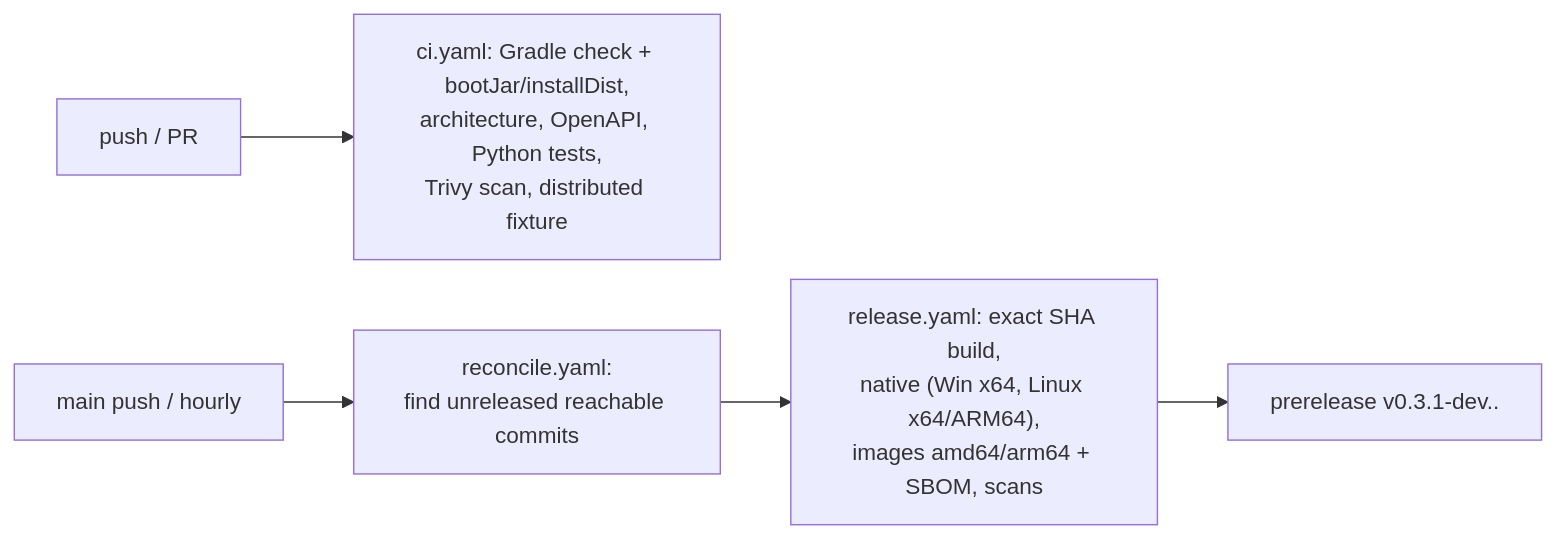
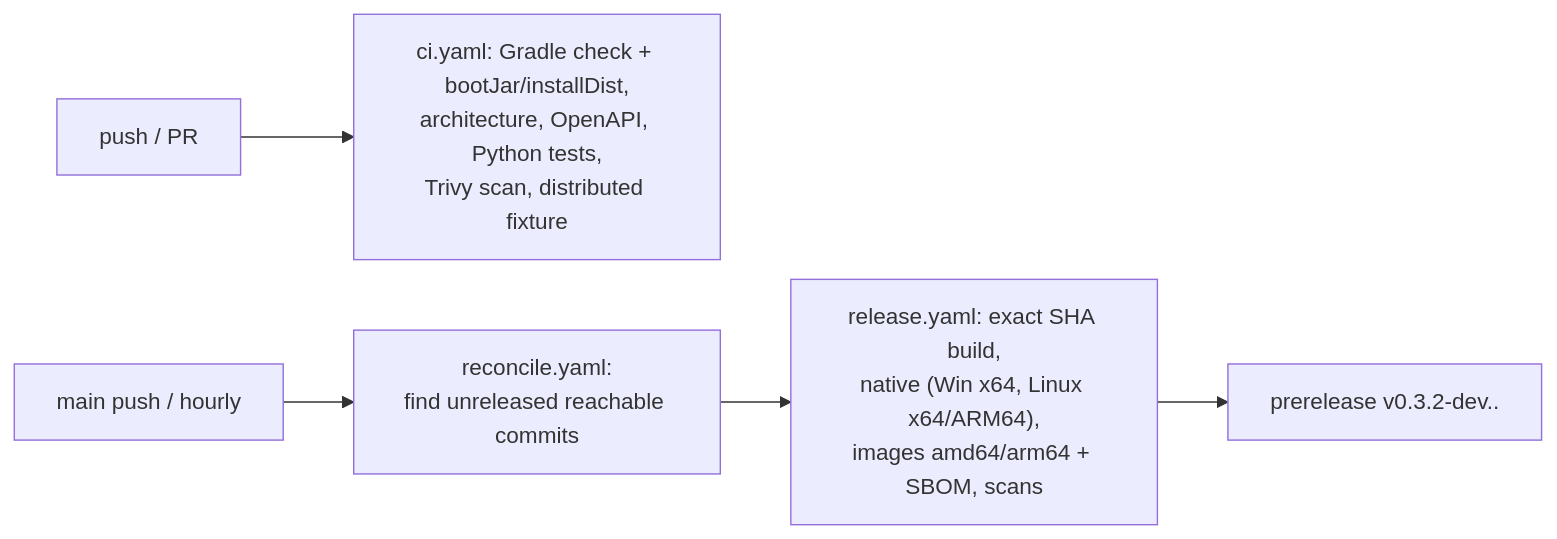
One commit to athegreat90/minecraft-modsync changed diagram 12 of 12 in docs/GUIDE.md. Above: the diagram before and after it, drawn with Mermaid. The commit also changed 99 other files, not shown here.

````diff
--- a/docs/GUIDE.md
+++ b/docs/GUIDE.md
@@ -384,7 +384,7 @@
 ```mermaid
 flowchart LR
   PR[push / PR] --> CI["ci.yaml: Gradle check + bootJar/installDist,\narchitecture, OpenAPI, Python tests,\nTrivy scan, distributed fixture"]
   main[main push / hourly] --> REC["reconcile.yaml:\nfind unreleased reachable commits"]
   REC --> REL["release.yaml: exact SHA build,\nnative (Win x64, Linux x64/ARM64),\nimages amd64/arm64 + SBOM, scans"]
-  REL --> PRE["prerelease v0.3.1-dev.<time>.<sha>"]
+  REL --> PRE["prerelease v0.3.2-dev.<time>.<sha>"]
 ```
````
